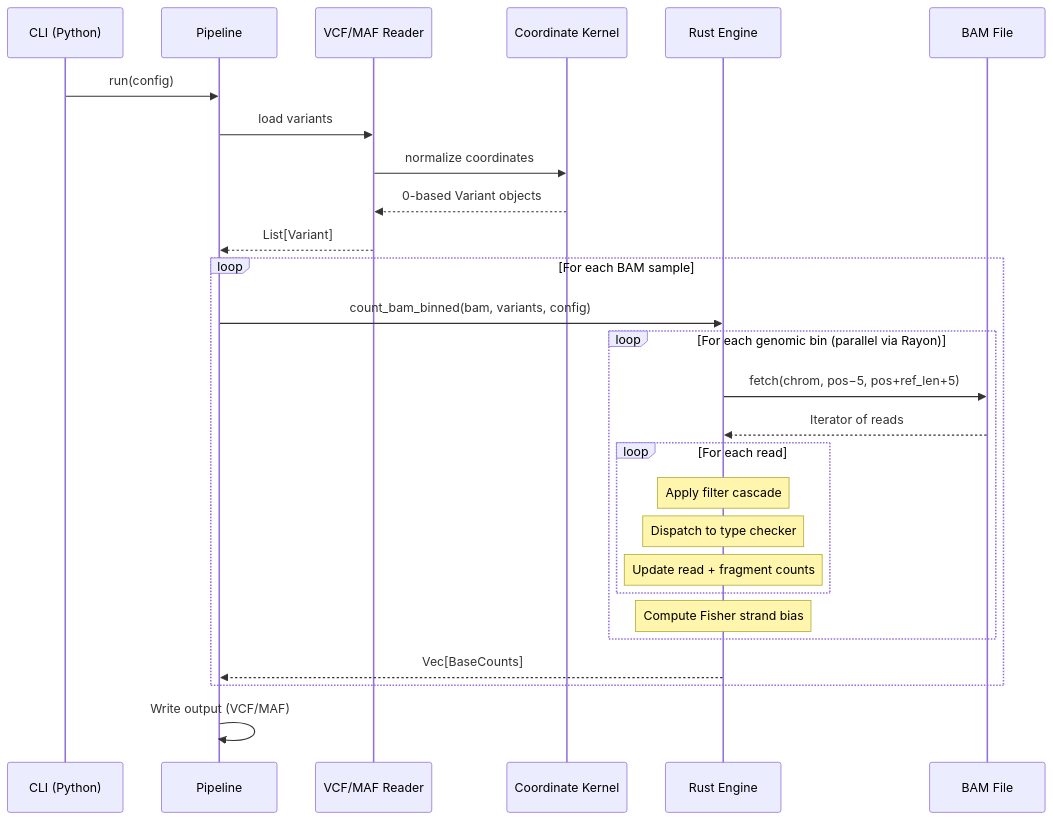
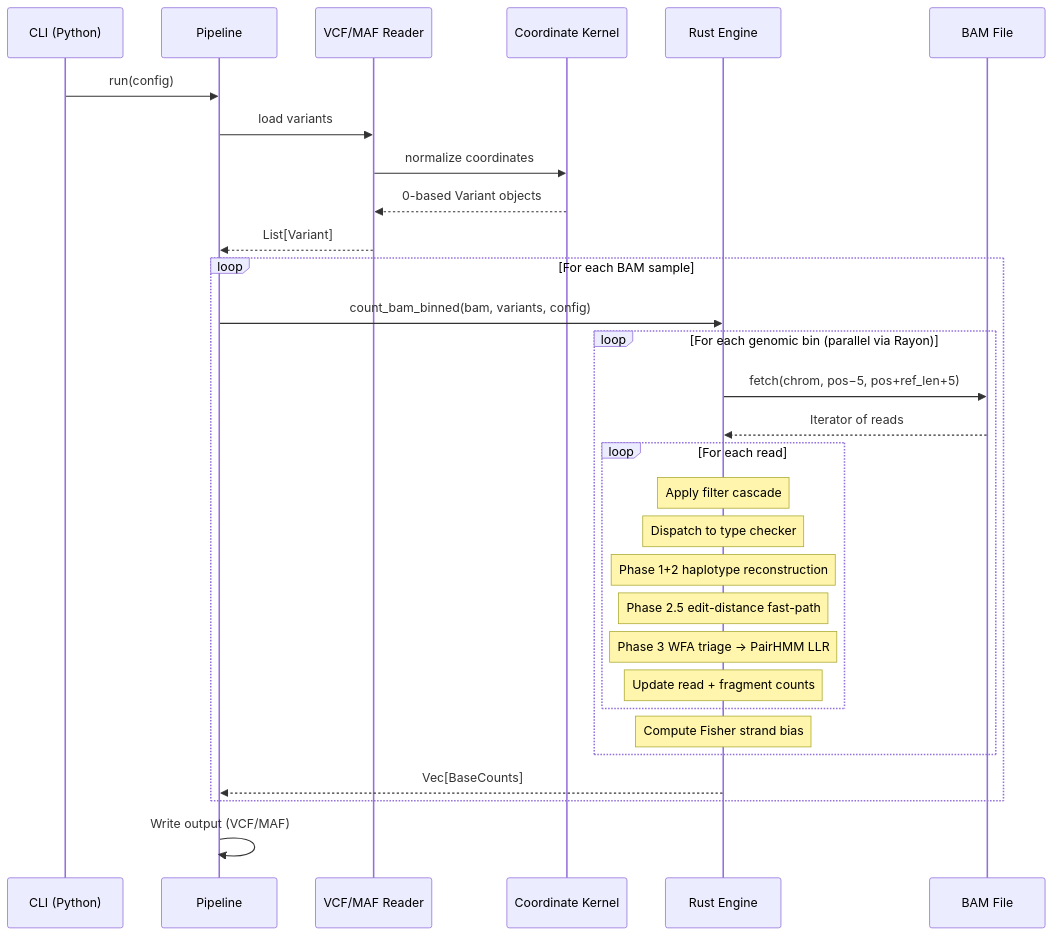
One commit to msk-access/gbcms changed the fifth of 5 diagrams in docs/reference/architecture.md. Above: the diagram before and after it, drawn with Mermaid. The commit also changed other lines of this file and 1 other file, not shown here.

First line of the commit message:
docs: batch 3 mermaid diagram improvements

````diff
--- a/docs/reference/architecture.md
+++ b/docs/reference/architecture.md
@@ -193,32 +196,35 @@
 ```mermaid
 sequenceDiagram
     participant CLI as CLI (Python)
     participant Pipeline as Pipeline
     participant Reader as VCF/MAF Reader
     participant Kernel as Coordinate Kernel
     participant Rust as Rust Engine
     participant BAM as BAM File
 
     CLI->>Pipeline: run(config)
     Pipeline->>Reader: load variants
     Reader->>Kernel: normalize coordinates
     Kernel-->>Reader: 0-based Variant objects
     Reader-->>Pipeline: List[Variant]
 
     loop For each BAM sample
         Pipeline->>Rust: count_bam_binned(bam, variants, config)
         loop For each genomic bin (parallel via Rayon)
             Rust->>BAM: fetch(chrom, pos−5, pos+ref_len+5)
             BAM-->>Rust: Iterator of reads
             loop For each read
                 Note over Rust: Apply filter cascade
                 Note over Rust: Dispatch to type checker
+                Note over Rust: Phase 1+2 haplotype reconstruction
+                Note over Rust: Phase 2.5 edit-distance fast-path
+                Note over Rust: Phase 3 WFA triage → PairHMM LLR
                 Note over Rust: Update read + fragment counts
             end
             Note over Rust: Compute Fisher strand bias
         end
         Rust-->>Pipeline: Vec[BaseCounts]
     end
 
     Pipeline->>Pipeline: Write output (VCF/MAF)
 ```
````
